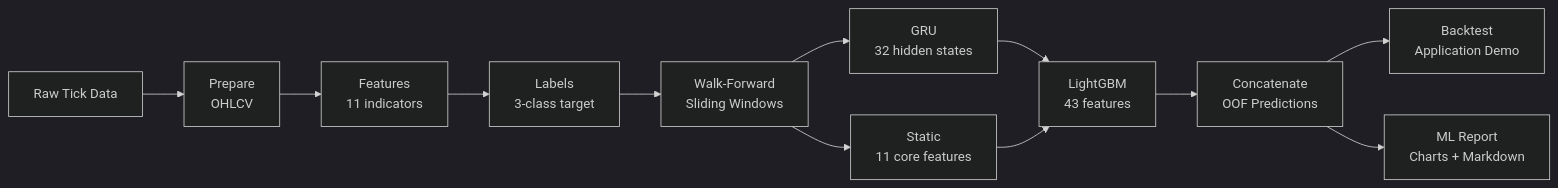
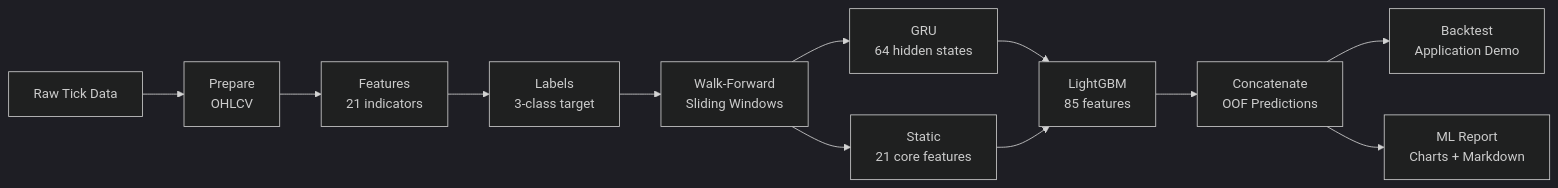
One commit to ultimateBroK/thesis-lgbm changed the first of 10 diagrams in docs/ARCHITECTURE.md. Above: the diagram before and after it, drawn with Mermaid (dark theme). The commit also changed other lines of this file and 16 other files, not shown here.

First line of the commit message:
feat: enhance configuration and pipeline for improved validation and model architecture

````diff
--- a/docs/ARCHITECTURE.md
+++ b/docs/ARCHITECTURE.md
@@ -25,17 +25,17 @@
 ```mermaid
 flowchart LR
     A["Raw Tick Data"] --> B["Prepare<br/>OHLCV"]
-    B --> C["Features<br/>11 indicators"]
+    B --> C["Features<br/>21 indicators"]
     C --> D["Labels<br/>3-class target"]
     D --> E["Walk-Forward<br/>Sliding Windows"]
 
-    E --> F["GRU<br/>32 hidden states"]
-    E --> G["Static<br/>11 core features"]
+    E --> F["GRU<br/>64 hidden states"]
+    E --> G["Static<br/>21 core features"]
 
-    F --> H["LightGBM<br/>43 features"]
+    F --> H["LightGBM<br/>85 features"]
     G --> H
 
     H --> I["Concatenate<br/>OOF Predictions"]
     I --> J["Backtest<br/>Application Demo"]
     I --> K["ML Report<br/>Charts + Markdown"]
 ```
````
